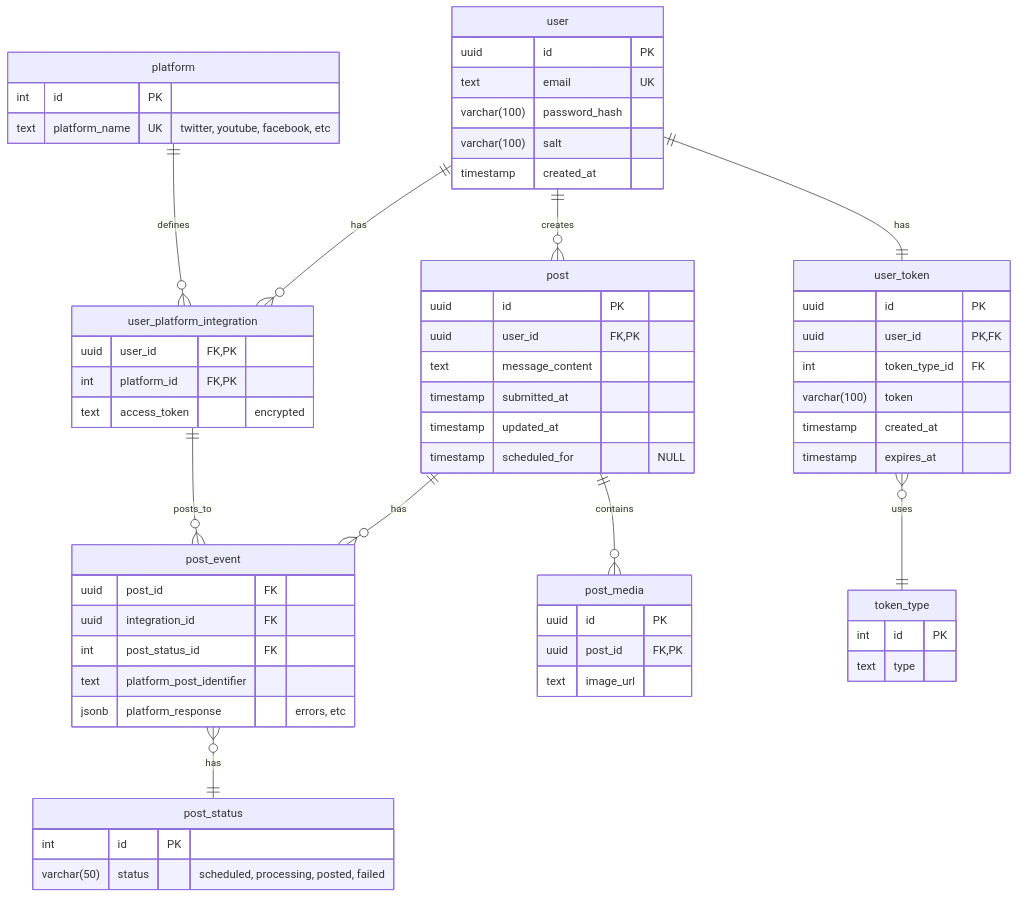
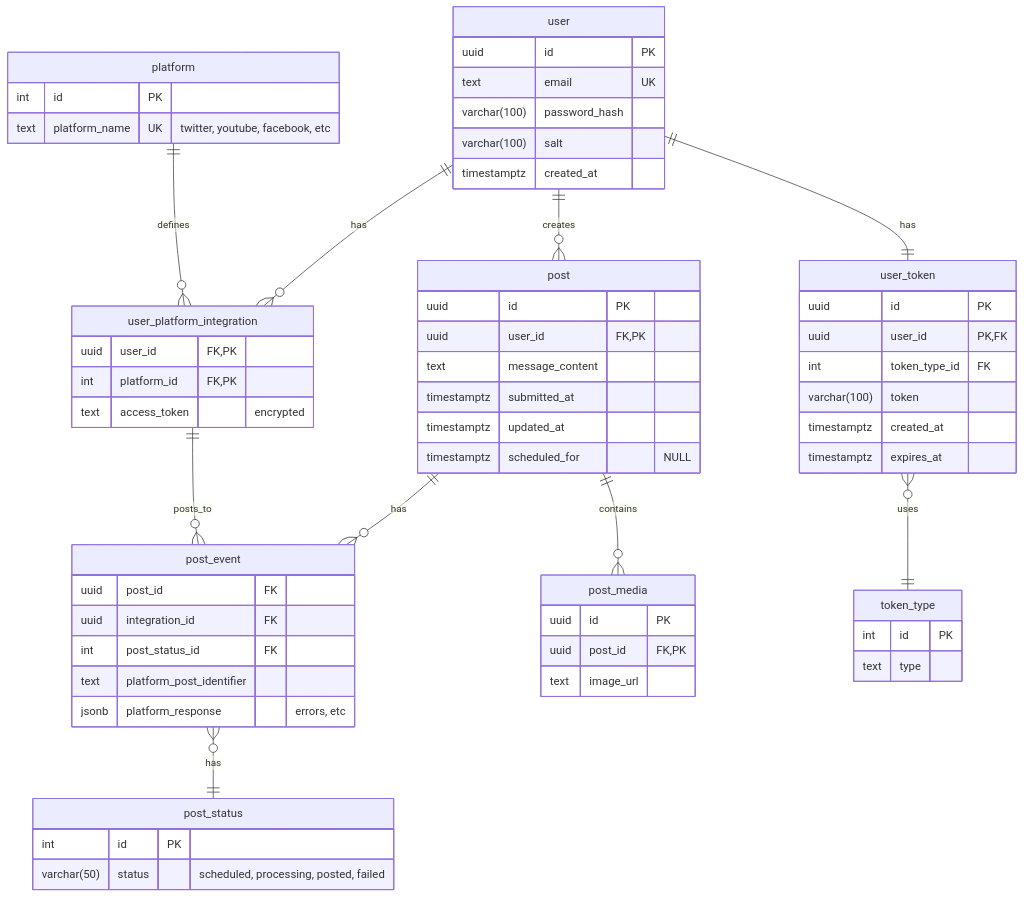
The diagram in documentation/diagrams/er_diagram.md (JKMN-Projects/ripple_sync_backend), drawn with Mermaid before and after one commit.

Commit message:
Update er_diagram.md with timestamptz

````diff
--- a/documentation/diagrams/er_diagram.md
+++ b/documentation/diagrams/er_diagram.md
@@ -3,75 +3,75 @@
 ``` mermaid
 
     erDiagram
     user ||--o{ user_platform_integration : "has"
     user ||--o{ post : "creates"
     platform ||--o{ user_platform_integration : "defines"
     post ||--o{ post_event : "has"
     user_platform_integration ||--o{ post_event : "posts_to"
     post ||--o{ post_media : "contains"
     post_event }o--|| post_status : "has"
     user ||--|| user_token : "has"
     user_token }o--|| token_type : "uses"
 
 
     user {
         uuid id PK
         text email UK
         varchar(100) password_hash
         varchar(100) salt
-        timestamp created_at 
+        timestamptz created_at 
     }
 
     user_token {
         uuid id PK
         uuid user_id PK, FK
         int token_type_id FK
         varchar(100) token
-        timestamp created_at
-        timestamp expires_at
+        timestamptz created_at
+        timestamptz expires_at
     }
 
     token_type {
         int id PK
         text type
     }
 
     platform {
         int id PK
         text platform_name UK "twitter, youtube, facebook, etc"
     }
 
     user_platform_integration {
         uuid user_id FK, PK
         int platform_id FK, PK
         text access_token "encrypted"
     }
 
     post {
         uuid id PK
         uuid user_id FK, PK
         text message_content
-        timestamp submitted_at
-        timestamp updated_at
-        timestamp scheduled_for "NULL"
+        timestamptz submitted_at
+        timestamptz updated_at
+        timestamptz scheduled_for "NULL"
     }
 
     post_media {
         uuid id PK
         uuid post_id FK, PK
         text image_url 
     }
 
     post_event {
         uuid post_id FK
         uuid integration_id FK
         int post_status_id FK
         text platform_post_identifier 
         jsonb platform_response "errors, etc"
     }
 
     post_status {
         int id PK
         varchar(50) status "scheduled, processing, posted, failed"
     }
 ```
````
